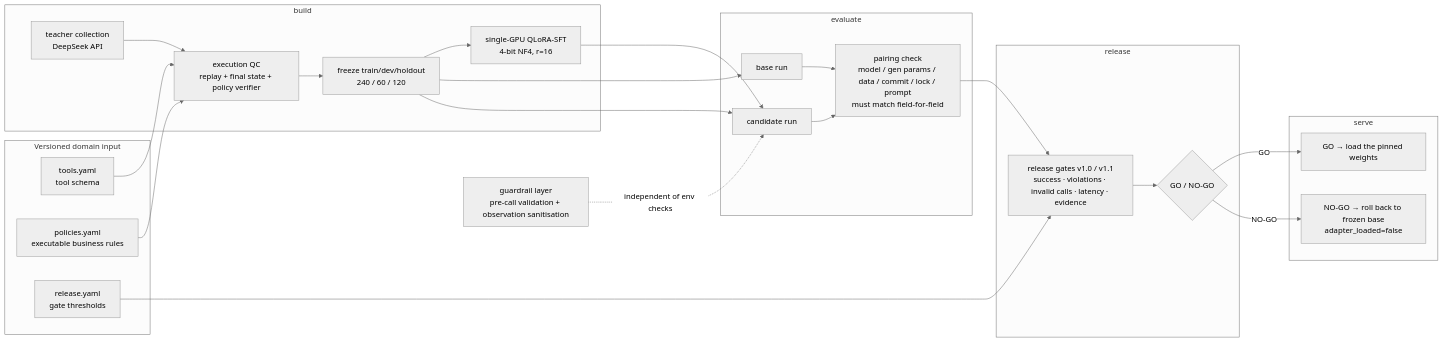
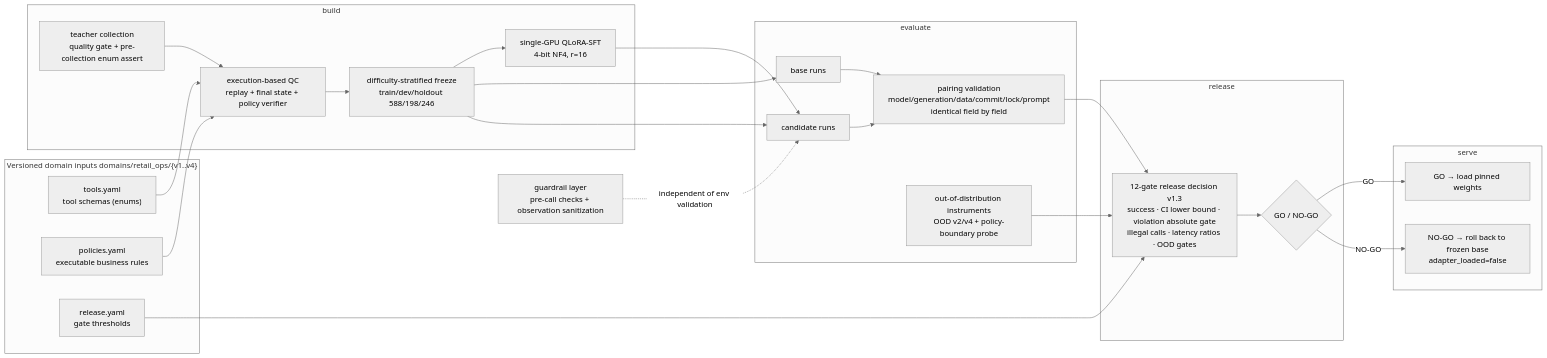
Before and after one commit to emmmdty/retail-agent-ops: the diagram in README.en.md, drawn with Mermaid (neutral theme). The commit also changed other lines of this file and 64 other files, not shown here.

````diff
--- a/README.en.md
+++ b/README.en.md
@@ -74,43 +90,45 @@
 ```mermaid
 flowchart LR
-    subgraph INPUT["Versioned domain input"]
-        TOOLS["tools.yaml<br/>tool schema"]
+    subgraph INPUT["Versioned domain inputs domains/retail_ops/{v1..v4}"]
+        TOOLS["tools.yaml<br/>tool schemas (enums)"]
         POL["policies.yaml<br/>executable business rules"]
         REL["release.yaml<br/>gate thresholds"]
     end
 
     subgraph BUILD["build"]
-        TEACH["teacher collection<br/>DeepSeek API"]
-        QC["execution QC<br/>replay + final state + policy verifier"]
-        FREEZE["freeze train/dev/holdout<br/>240 / 60 / 120"]
+        TEACH["teacher collection<br/>quality gate + pre-collection enum assert"]
+        QC["execution-based QC<br/>replay + final state + policy verifier"]
+        FREEZE["difficulty-stratified freeze<br/>train/dev/holdout 588/198/246"]
         SFT["single-GPU QLoRA-SFT<br/>4-bit NF4, r=16"]
     end
 
     subgraph EVAL["evaluate"]
-        BASE["base run"]
-        CAND["candidate run"]
-        PAIR["pairing check<br/>model / gen params / data / commit / lock / prompt<br/>must match field-for-field"]
+        BASE["base runs"]
+        CAND["candidate runs"]
+        PAIR["pairing validation<br/>model/generation/data/commit/lock/prompt<br/>identical field by field"]
+        OOD["out-of-distribution instruments<br/>OOD v2/v4 + policy-boundary probe"]
     end
 
     subgraph RELEASE["release"]
-        GATE["release gates v1.0 / v1.1<br/>success · violations · invalid calls · latency · evidence"]
+        GATE["12-gate release decision v1.3<br/>success · CI lower bound · violation absolute gate<br/>illegal calls · latency ratios · OOD gates"]
         DEC{"GO / NO-GO"}
     end
 
     subgraph SERVE["serve"]
-        GO_PATH["GO → load the pinned weights"]
+        GO_PATH["GO → load pinned weights"]
         NOGO_PATH["NO-GO → roll back to frozen base<br/>adapter_loaded=false"]
     end
 
     TOOLS --> QC
     POL --> QC
     TEACH --> QC --> FREEZE --> SFT
     FREEZE --> BASE & CAND
     SFT --> CAND
     BASE & CAND --> PAIR --> GATE
+    OOD --> GATE
     REL --> GATE --> DEC
     DEC -->|GO| GO_PATH
     DEC -->|NO-GO| NOGO_PATH
 
-    GUARD["guardrail layer<br/>pre-call validation + observation sanitisation"] -.independent of env checks.-> CAND
+    GUARD["guardrail layer<br/>pre-call checks + observation sanitization"] -.independent of env validation.-> CAND
 ```
````
